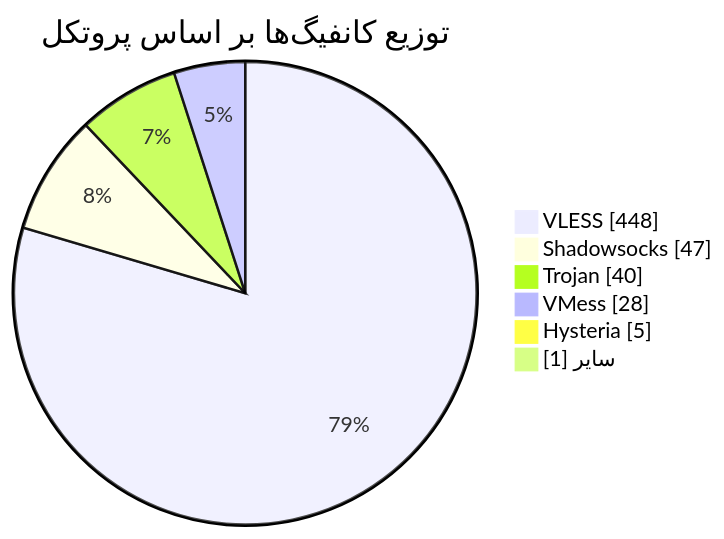
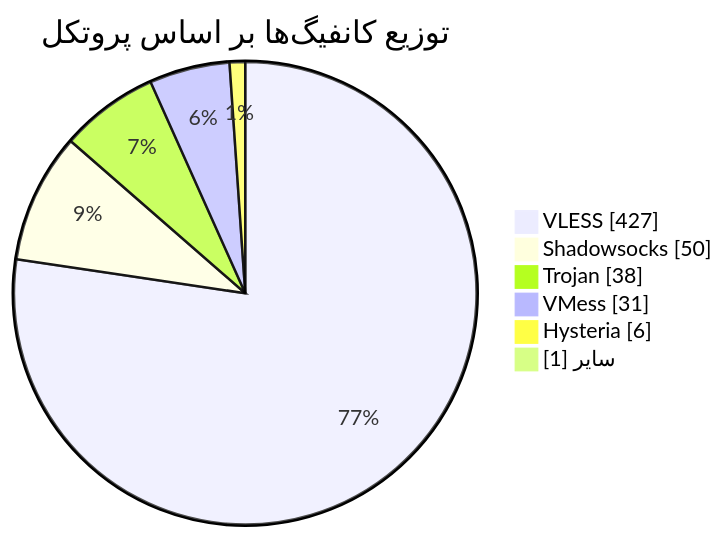
Before and after one commit to Arian-Alijani/Somthing: the diagram in README.md, drawn with Mermaid. The commit also changed other lines of this file and 65 other files, not shown here.

````diff
--- a/README.md
+++ b/README.md
@@ -48,10 +48,10 @@
 ```mermaid
 pie showData
     title توزیع کانفیگ‌ها بر اساس پروتکل
-    "VLESS" : 448
-    "Shadowsocks" : 47
-    "Trojan" : 40
-    "VMess" : 28
-    "Hysteria" : 5
+    "VLESS" : 427
+    "Shadowsocks" : 50
+    "Trojan" : 38
+    "VMess" : 31
+    "Hysteria" : 6
     "سایر" : 1
 ```
````
